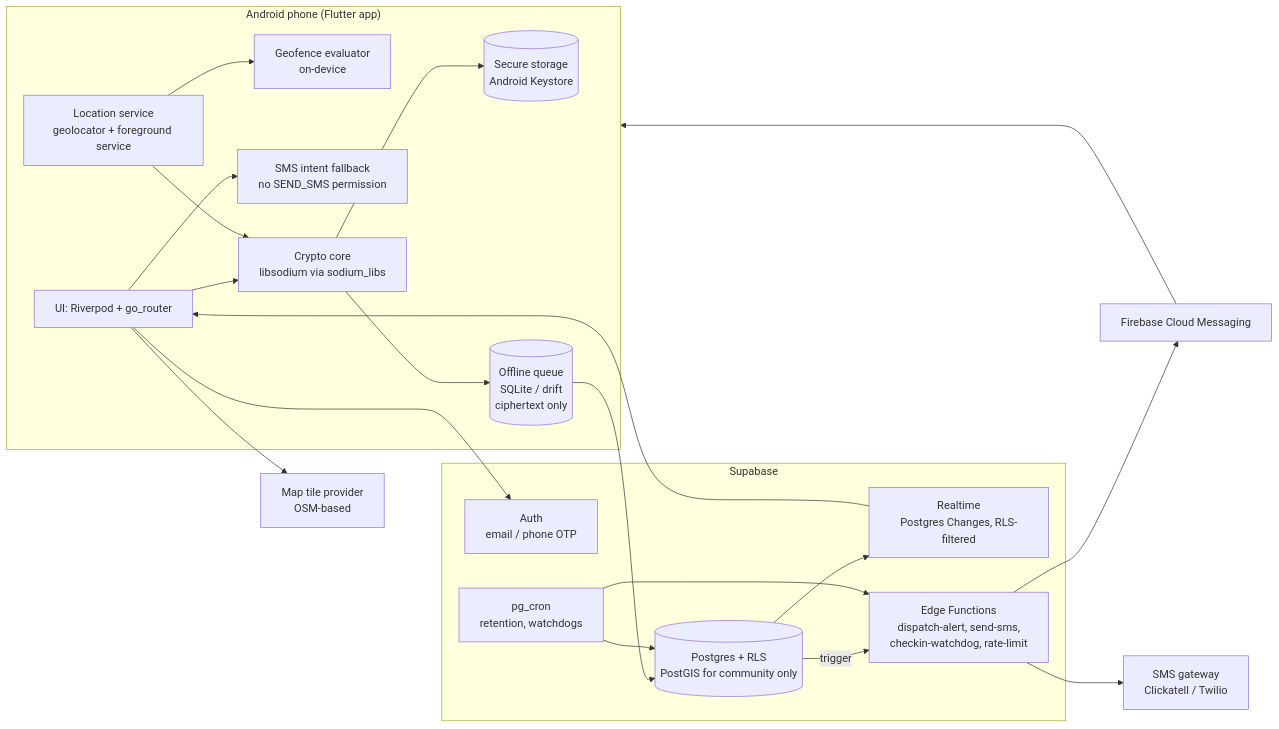
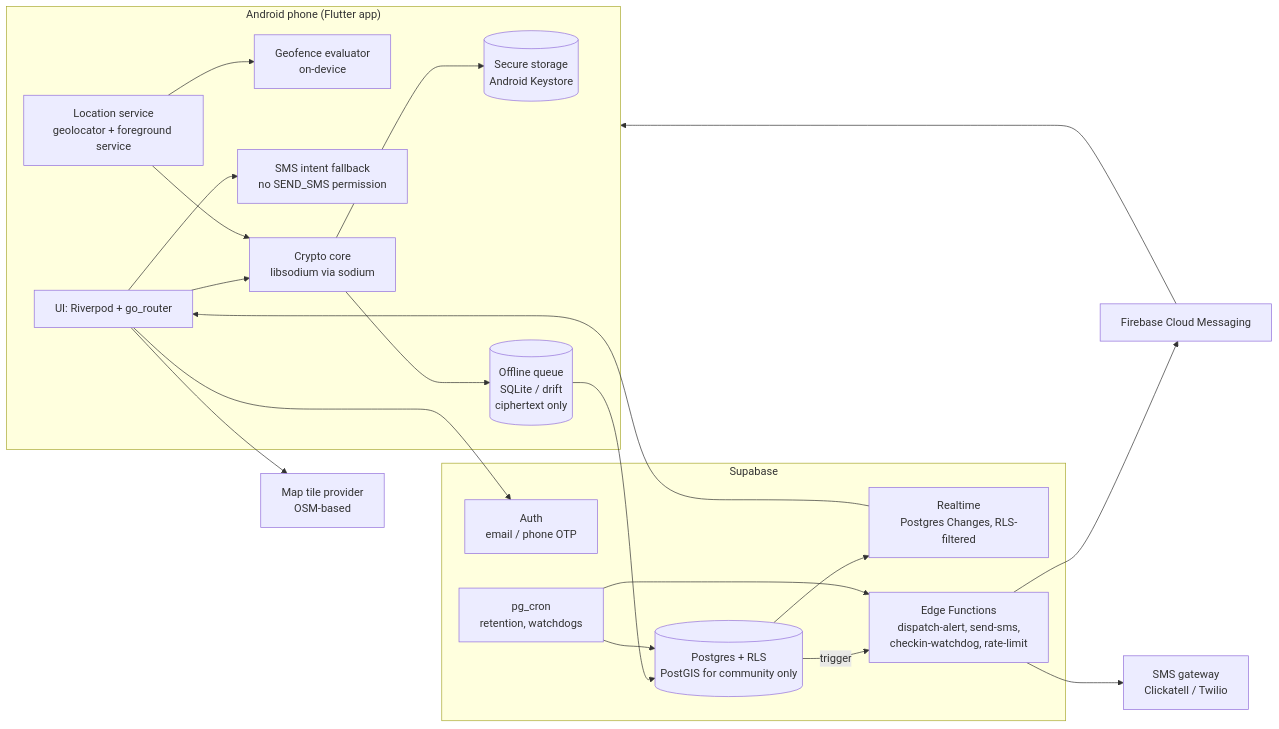
One commit to 1ungaka/AfriSafety changed the first of 3 diagrams in docs/architecture.md. Above: the diagram before and after it, drawn with Mermaid. The commit also changed other lines of this file and 6 other files, not shown here.

````diff
--- a/docs/architecture.md
+++ b/docs/architecture.md
@@ -34,36 +34,36 @@
 ```mermaid
 flowchart LR
   subgraph Phone["Android phone (Flutter app)"]
     UI[UI: Riverpod + go_router]
     LOC[Location service<br/>geolocator + foreground service]
     GEO[Geofence evaluator<br/>on-device]
-    CRY[Crypto core<br/>libsodium via sodium_libs]
+    CRY[Crypto core<br/>libsodium via sodium]
     KS[(Secure storage<br/>Android Keystore)]
     Q[(Offline queue<br/>SQLite / drift<br/>ciphertext only)]
     SMSI[SMS intent fallback<br/>no SEND_SMS permission]
   end
 
   subgraph Supabase
     AUTH[Auth<br/>email / phone OTP]
     PG[(Postgres + RLS<br/>PostGIS for community only)]
     RT[Realtime<br/>Postgres Changes, RLS-filtered]
     EF[Edge Functions<br/>dispatch-alert, send-sms,<br/>checkin-watchdog, rate-limit]
     CRON[pg_cron<br/>retention, watchdogs]
   end
 
   FCM[Firebase Cloud Messaging]
   SMSGW[SMS gateway<br/>Clickatell / Twilio]
   TILES[Map tile provider<br/>OSM-based]
 
   UI --> CRY --> KS
   LOC --> GEO
   LOC --> CRY --> Q --> PG
   PG --> RT --> UI
   UI --> AUTH
   PG -- trigger --> EF --> FCM --> Phone
   EF --> SMSGW
   CRON --> PG
   CRON --> EF
   UI --> TILES
   UI --> SMSI
 ```
````
